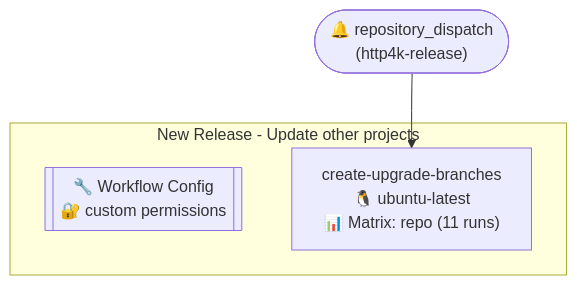
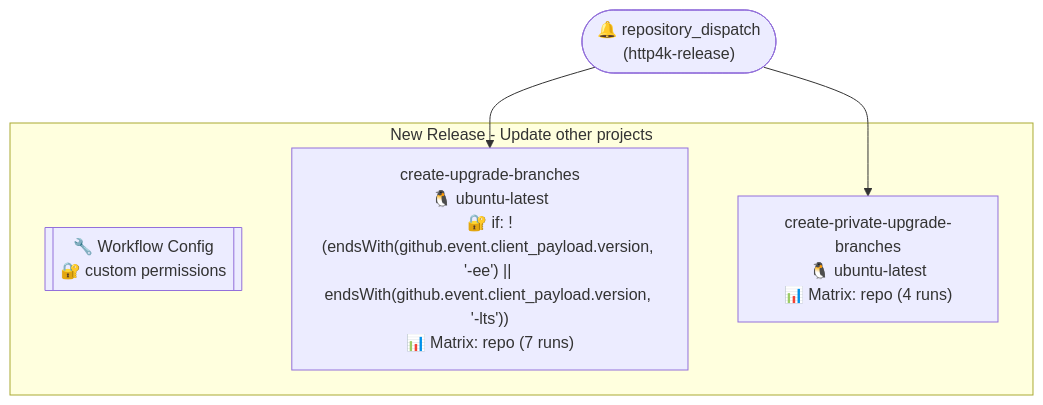
One commit to http4k/http4k changed the first of 3 diagrams in .github/typeflows/new-release-upgrade-branches/README.md. Above: the diagram before and after it, drawn with Mermaid. The commit also changed other lines of this file and 14 other files, not shown here.

````diff
--- a/.github/typeflows/new-release-upgrade-branches/README.md
+++ b/.github/typeflows/new-release-upgrade-branches/README.md
@@ -3,10 +3,12 @@
 ```mermaid
 %%{init: {"flowchart": {"curve": "basis"}}}%%
 flowchart TD
     repositorydispatch(["🔔 repository_dispatch<br/>(http4k-release)"])
     subgraph newreleaseupgradebranchesyml["New Release - Update other projects"]
         newreleaseupgradebranchesyml_metadata[["🔧 Workflow Config<br/>🔐 custom permissions"]]
-        newreleaseupgradebranchesyml_createupgradebranches["create-upgrade-branches<br/>🐧 ubuntu-latest<br/>📊 Matrix: repo (11 runs)"]
+        newreleaseupgradebranchesyml_createupgradebranches["create-upgrade-branches<br/>🐧 ubuntu-latest<br/>🔐 if: !(endsWith(github.event.client_payload.version, '-ee') || endsWith(github.event.client_payload.version, '-lts'))<br/>📊 Matrix: repo (7 runs)"]
+        newreleaseupgradebranchesyml_createprivateupgradebranches["create-private-upgrade-branches<br/>🐧 ubuntu-latest<br/>📊 Matrix: repo (4 runs)"]
     end
     repositorydispatch --> newreleaseupgradebranchesyml_createupgradebranches
+    repositorydispatch --> newreleaseupgradebranchesyml_createprivateupgradebranches
 ```
````
